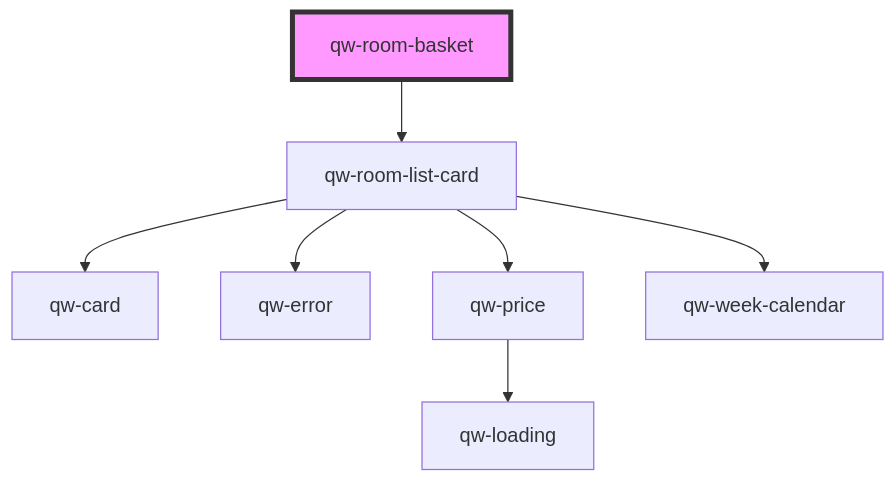
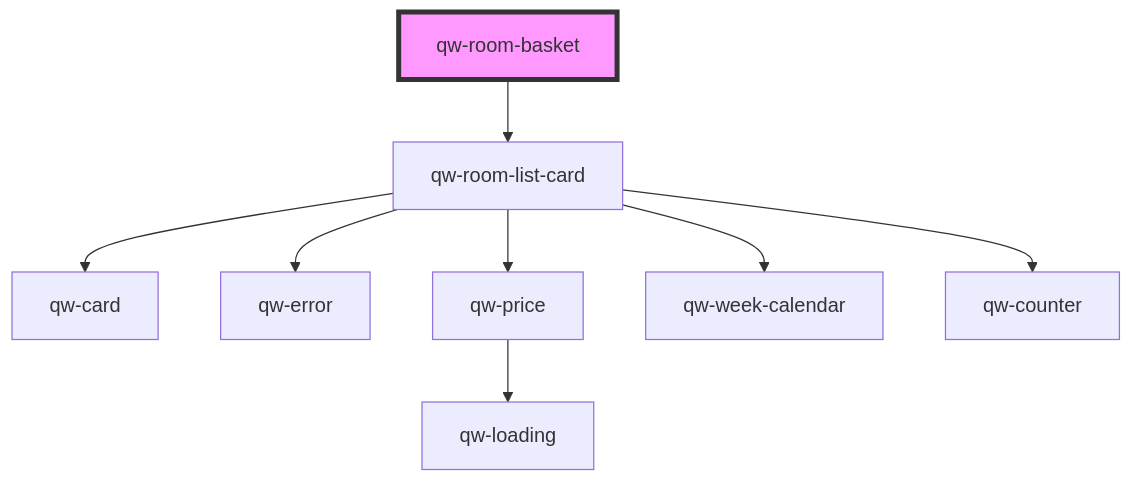
One commit to qwentes-team/qw-hotels changed the diagram in src/components/qw-room-basket/readme.md. Above: the diagram before and after it, drawn with Mermaid. The commit also changed 9 other files, not shown here.

````diff
--- a/src/components/qw-room-basket/readme.md
+++ b/src/components/qw-room-basket/readme.md
@@ -30,10 +30,11 @@
 ```mermaid
 graph TD;
   qw-room-basket --> qw-room-list-card
   qw-room-list-card --> qw-card
   qw-room-list-card --> qw-error
   qw-room-list-card --> qw-price
   qw-room-list-card --> qw-week-calendar
+  qw-room-list-card --> qw-counter
   qw-price --> qw-loading
   style qw-room-basket fill:#f9f,stroke:#333,stroke-width:4px
 ```
````
